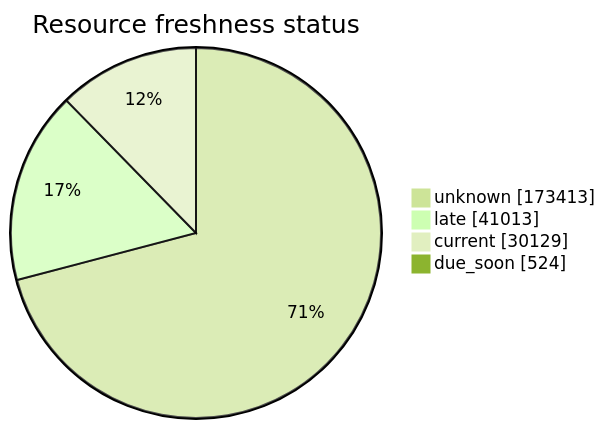
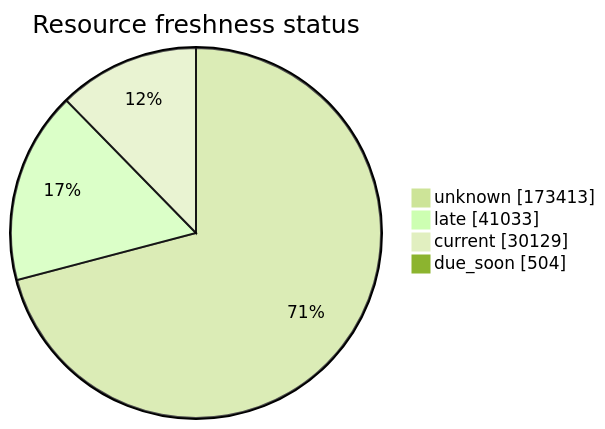
The third of 5 diagrams in FreshCheck/README.md (open-data/analytics-corporate-reporting), drawn with Mermaid (forest theme) before and after one commit. The commit also changed other lines of this file and 3 other files, not shown here.

````diff
--- a/FreshCheck/README.md
+++ b/FreshCheck/README.md
@@ -77,7 +77,7 @@
 ```mermaid
 pie showData title Resource freshness status
     "unknown": 173413
-    "late": 41013
+    "late": 41033
     "current": 30129
-    "due_soon": 524
+    "due_soon": 504
 ```
````
